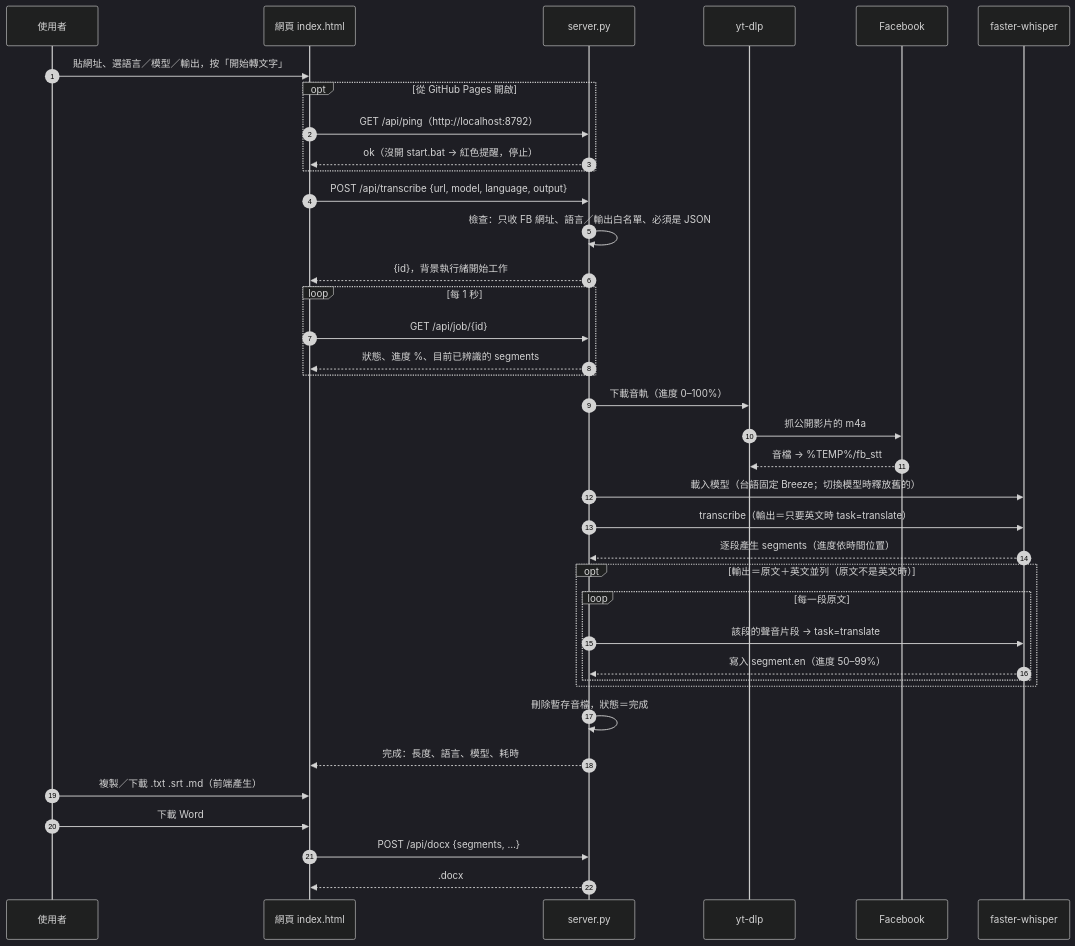
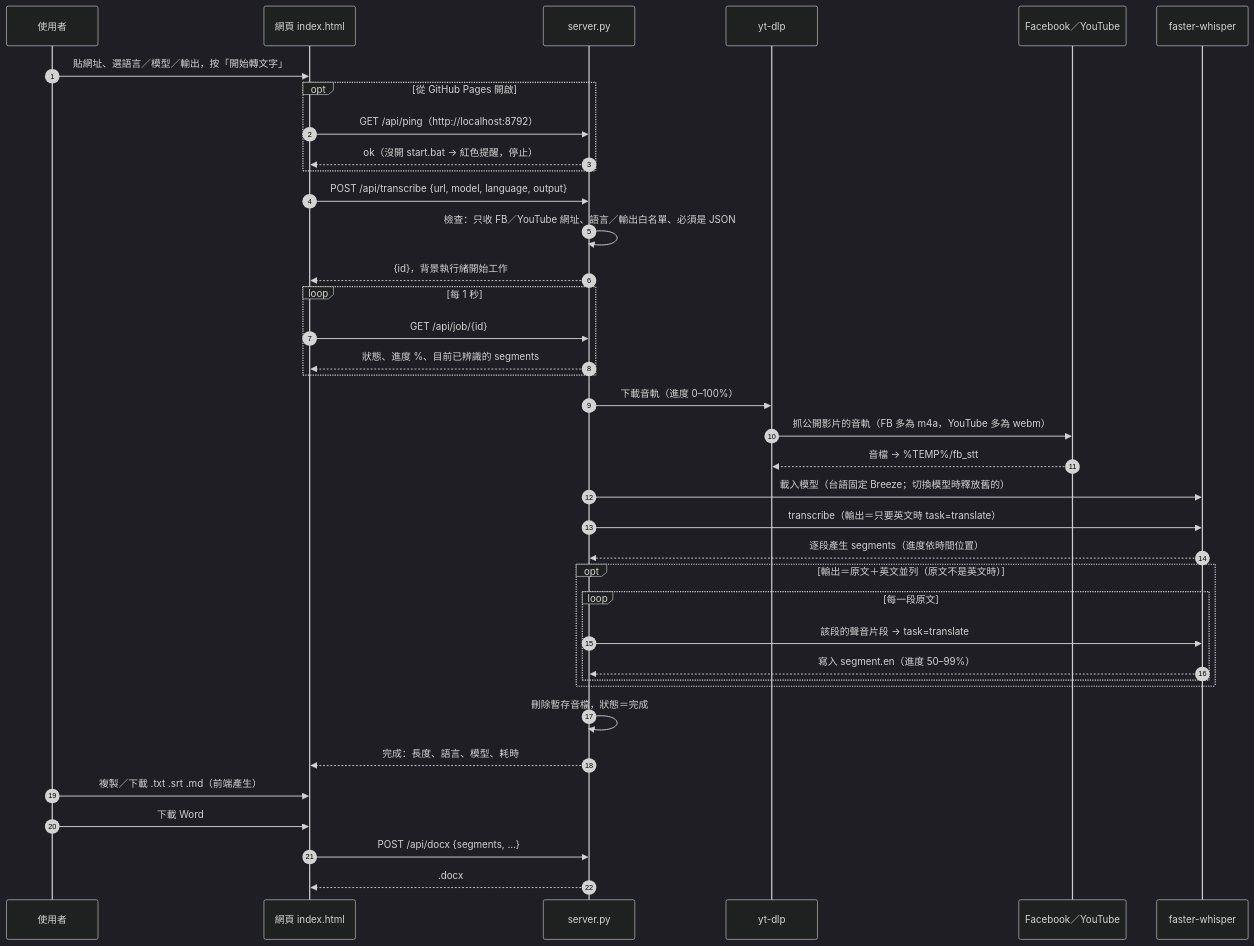
One commit to SinLiongToo/fb-video-stt changed the diagram in docs/architecture-job.mmd. Above: the diagram before and after it, drawn with Mermaid (dark theme). The commit also changed 7 other files, not shown here.

First line of the commit message:
v1.7：支援 YouTube 影片／Shorts；README 說明沒有用到 LLM

```diff
--- a/docs/architecture-job.mmd
+++ b/docs/architecture-job.mmd
@@ -1,39 +1,39 @@
 sequenceDiagram
     autonumber
     participant U as 使用者
     participant P as 網頁 index.html
     participant S as server.py
     participant Y as yt-dlp
-    participant F as Facebook
+    participant F as Facebook／YouTube
     participant W as faster-whisper
 
     U->>P: 貼網址、選語言／模型／輸出，按「開始轉文字」
     opt 從 GitHub Pages 開啟
         P->>S: GET /api/ping（http://localhost:8792）
         S-->>P: ok（沒開 start.bat → 紅色提醒，停止）
     end
     P->>S: POST /api/transcribe {url, model, language, output}
-    S->>S: 檢查：只收 FB 網址、語言／輸出白名單、必須是 JSON
+    S->>S: 檢查：只收 FB／YouTube 網址、語言／輸出白名單、必須是 JSON
     S-->>P: {id}，背景執行緒開始工作
     loop 每 1 秒
         P->>S: GET /api/job/{id}
         S-->>P: 狀態、進度 %、目前已辨識的 segments
     end
     S->>Y: 下載音軌（進度 0–100%）
-    Y->>F: 抓公開影片的 m4a
+    Y->>F: 抓公開影片的音軌（FB 多為 m4a，YouTube 多為 webm）
     F-->>Y: 音檔 → %TEMP%/fb_stt
     S->>W: 載入模型（台語固定 Breeze；切換模型時釋放舊的）
     S->>W: transcribe（輸出＝只要英文時 task=translate）
     W-->>S: 逐段產生 segments（進度依時間位置）
     opt 輸出＝原文＋英文並列（原文不是英文時）
         loop 每一段原文
             S->>W: 該段的聲音片段 → task=translate
             W-->>S: 寫入 segment.en（進度 50–99%）
         end
     end
     S->>S: 刪除暫存音檔，狀態＝完成
     S-->>P: 完成：長度、語言、模型、耗時
     U->>P: 複製／下載 .txt .srt .md（前端產生）
     U->>P: 下載 Word
     P->>S: POST /api/docx {segments, …}
     S-->>P: .docx
```
